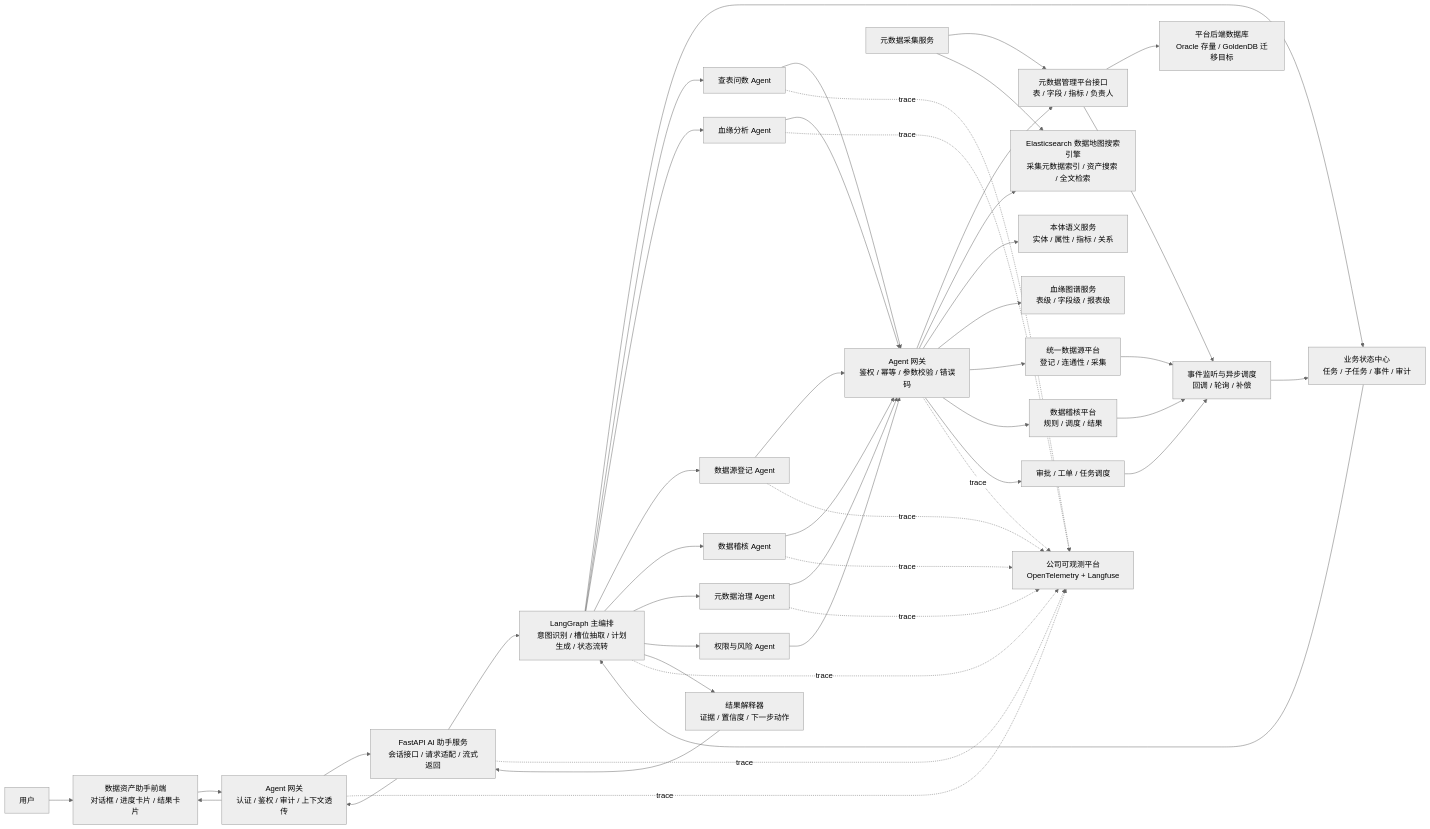
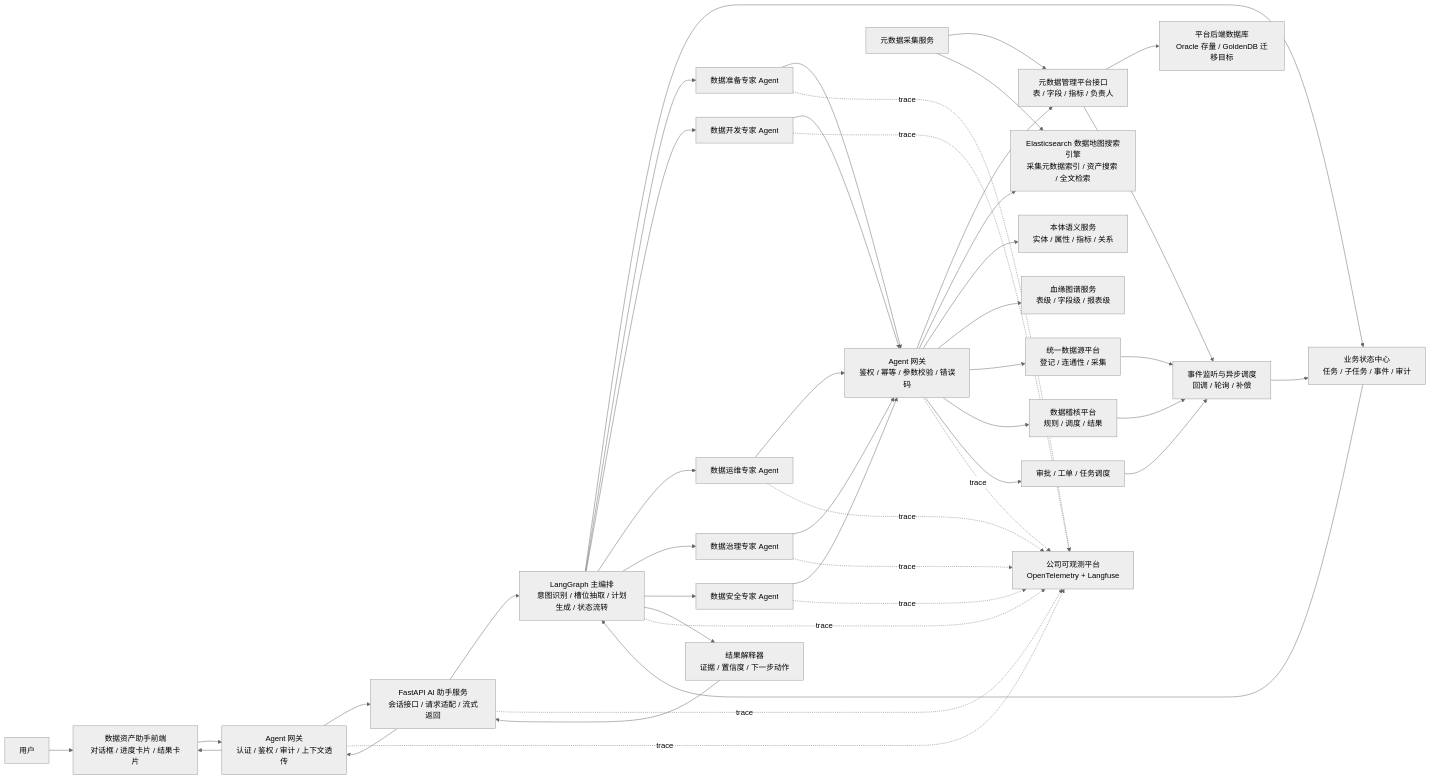
The first of 8 diagrams in 数据资产助手/90-附录-数据资产助手典型场景数据流.md (ShaneLiu001/dataasset), drawn with Mermaid (neutral theme) before and after one commit. The commit also changed other lines of this file and 23 other files, not shown here.

````diff
--- a/数据资产助手/90-附录-数据资产助手典型场景数据流.md
+++ b/数据资产助手/90-附录-数据资产助手典型场景数据流.md
@@ -5,56 +5,54 @@
 ```mermaid
 flowchart LR
   U[用户] --> FE[数据资产助手前端<br/>对话框 / 进度卡片 / 结果卡片]
   FE --> Gateway[Agent 网关<br/>认证 / 鉴权 / 审计 / 上下文透传]
   Gateway --> API[FastAPI AI 助手服务<br/>会话接口 / 请求适配 / 流式返回]
 
   API --> Router[LangGraph 主编排<br/>意图识别 / 槽位抽取 / 计划生成 / 状态流转]
   Router --> State[业务状态中心<br/>任务 / 子任务 / 事件 / 审计]
 
-  Router --> SearchAgent[查表问数 Agent]
-  Router --> LineageAgent[血缘分析 Agent]
-  Router --> DsAgent[数据源登记 Agent]
-  Router --> QualityAgent[数据稽核 Agent]
-  Router --> GovernanceAgent[元数据治理 Agent]
-  Router --> RiskAgent[权限与风险 Agent]
+  Router --> PrepareAgent[数据准备专家 Agent]
+  Router --> DevAgent[数据开发专家 Agent]
+  Router --> OpsAgent[数据运维专家 Agent]
+  Router --> GovernanceAgent[数据治理专家 Agent]
+  Router --> SecurityAgent[数据安全专家 Agent]
 
-  SearchAgent --> ToolGateway[Agent 网关<br/>鉴权 / 幂等 / 参数校验 / 错误码]
-  LineageAgent --> ToolGateway
-  DsAgent --> ToolGateway
-  QualityAgent --> ToolGateway
+  PrepareAgent --> ToolGateway[Agent 网关<br/>鉴权 / 幂等 / 参数校验 / 错误码]
+  DevAgent --> ToolGateway
+  OpsAgent --> ToolGateway
   GovernanceAgent --> ToolGateway
-  RiskAgent --> ToolGateway
+  SecurityAgent --> ToolGateway
 
   ToolGateway --> Metadata[元数据管理平台接口<br/>表 / 字段 / 指标 / 负责人]
   ToolGateway --> DataMap[Elasticsearch 数据地图搜索引擎<br/>采集元数据索引 / 资产搜索 / 全文检索]
   ToolGateway --> Ontology[本体语义服务<br/>实体 / 属性 / 指标 / 关系]
   ToolGateway --> Lineage[血缘图谱服务<br/>表级 / 字段级 / 报表级]
   ToolGateway --> Datasource[统一数据源平台<br/>登记 / 连通性 / 采集]
   ToolGateway --> Quality[数据稽核平台<br/>规则 / 调度 / 结果]
   ToolGateway --> Workflow[审批 / 工单 / 任务调度]
   Metadata --> PlatformDB[平台后端数据库<br/>Oracle 存量 / GoldenDB 迁移目标]
   MetadataCollect[元数据采集服务] --> Metadata
   MetadataCollect --> DataMap
 
   Workflow --> Event[事件监听与异步调度<br/>回调 / 轮询 / 补偿]
   Datasource --> Event
   Quality --> Event
   Metadata --> Event
   Event --> State
   State --> Router
 
   Router --> Answer[结果解释器<br/>证据 / 置信度 / 下一步动作]
   Answer --> API
   API --> Gateway
   Gateway --> FE
 
   Router -. trace .-> Obs[公司可观测平台<br/>OpenTelemetry + Langfuse]
   ToolGateway -. trace .-> Obs
   API -. trace .-> Obs
   Gateway -. trace .-> Obs
-  SearchAgent -. trace .-> Obs
-  LineageAgent -. trace .-> Obs
-  DsAgent -. trace .-> Obs
-  QualityAgent -. trace .-> Obs
+  PrepareAgent -. trace .-> Obs
+  DevAgent -. trace .-> Obs
+  OpsAgent -. trace .-> Obs
   GovernanceAgent -. trace .-> Obs
+  SecurityAgent -. trace .-> Obs
 ```
````
